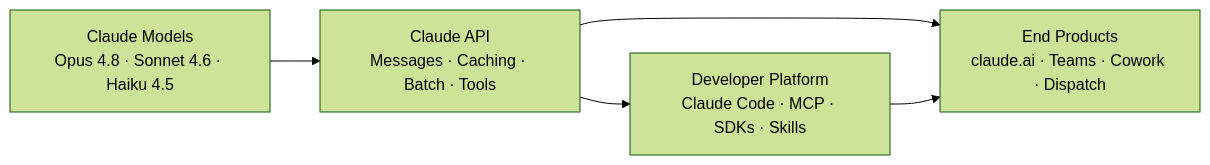
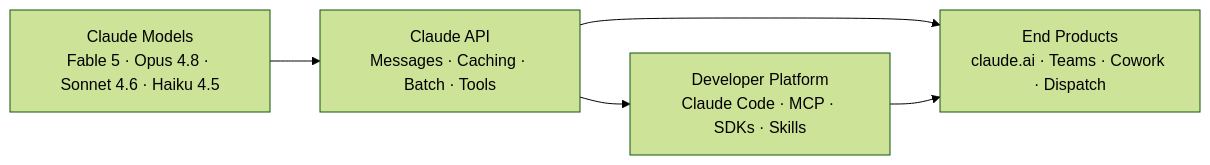
One commit to shubhamag91/ai-playbook changed the diagram in src/content/docs/claude/index.mdx. Above: the diagram before and after it, drawn with Mermaid (forest theme). The commit also changed other lines of this file and 4 other files, not shown here.

First line of the commit message:
fix(diagrams): use <br/> for Mermaid label line breaks

````diff
--- a/src/content/docs/claude/index.mdx
+++ b/src/content/docs/claude/index.mdx
@@ -29,7 +29,7 @@
 ```mermaid
 flowchart LR
-    A["Claude Models\nOpus 4.8 · Sonnet 4.6 · Haiku 4.5"] --> B["Claude API\nMessages · Caching · Batch · Tools"]
-    B --> C["Developer Platform\nClaude Code · MCP · SDKs · Skills"]
-    B --> D["End Products\nclaude.ai · Teams · Cowork · Dispatch"]
+    A["Claude Models<br/>Fable 5 · Opus 4.8 · Sonnet 4.6 · Haiku 4.5"] --> B["Claude API<br/>Messages · Caching · Batch · Tools"]
+    B --> C["Developer Platform<br/>Claude Code · MCP · SDKs · Skills"]
+    B --> D["End Products<br/>claude.ai · Teams · Cowork · Dispatch"]
     C --> D
 ```
````
